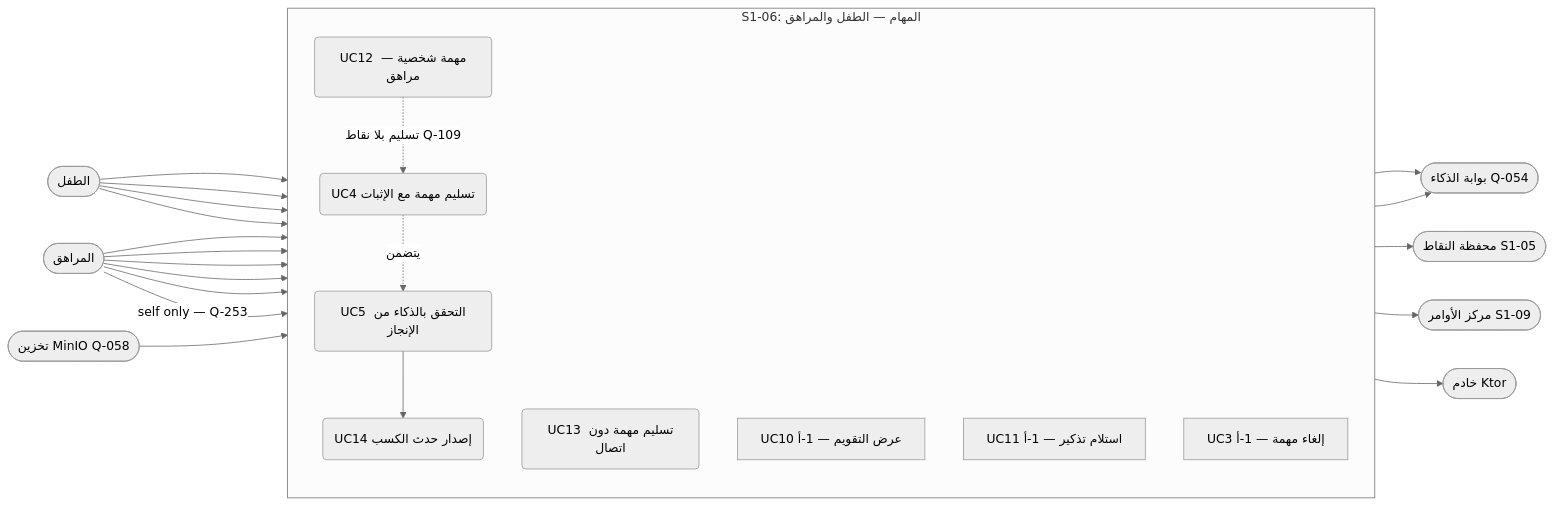
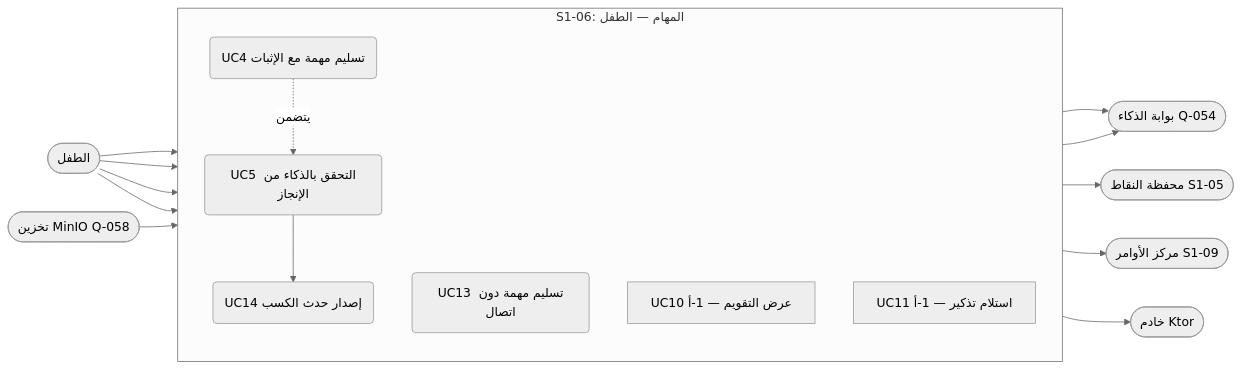
One commit to Bassam-mohammed-alqaeadi/family-os-v2 changed the fourth of 30 diagrams in docs/family-os/governance/phases/phase-1/S1-06-tasks-and-calendar/DIAGRAMS.md. Above: the diagram before and after it, drawn with Mermaid (neutral theme). The commit also changed other lines of this file, not shown here.

````diff
--- a/docs/family-os/governance/phases/phase-1/S1-06-tasks-and-calendar/DIAGRAMS.md
+++ b/docs/family-os/governance/phases/phase-1/S1-06-tasks-and-calendar/DIAGRAMS.md
@@ -76,42 +101,32 @@
 ```mermaid
 flowchart LR
     Child([الطفل])
-    Teen([المراهق])
     AI([بوابة الذكاء Q-054])
     Server([خادم Ktor])
     S105([محفظة النقاط S1-05])
     S109([مركز الأوامر S1-09])
     MinIO([تخزين MinIO Q-058])
 
-    subgraph S106b [S1-06: المهام — الطفل والمراهق]
+    subgraph S106d [S1-06: المهام — الطفل]
         direction TB
         UC4(UC4 تسليم مهمة مع الإثبات)
         UC5(UC5 التحقق بالذكاء من الإنجاز)
-        UC12(UC12 مهمة شخصية — مراهق)
         UC13(UC13 تسليم مهمة دون اتصال)
         UC14(UC14 إصدار حدث الكسب)
         UC10x["UC10 عرض التقويم — 1-أ"]
         UC11x["UC11 استلام تذكير — 1-أ"]
-        UC3x["UC3 إلغاء مهمة — 1-أ"]
     end
 
     Child --> UC4
     Child --> UC10x
     Child --> UC11x
     Child --> UC13
-    Teen --> UC4
-    Teen --> UC10x
-    Teen --> UC11x
-    Teen --> UC12
-    Teen --> UC13
-    Teen -->|self only — Q-253| UC3x
     UC4 -.->|يتضمن| UC5
     UC4 --> AI
     UC5 --> AI
     UC5 --> UC14
     UC14 --> S105
     UC4 --> S109
     MinIO --> UC5
     UC13 --> Server
-    UC12 -.->|تسليم بلا نقاط Q-109| UC4
 ```
````
